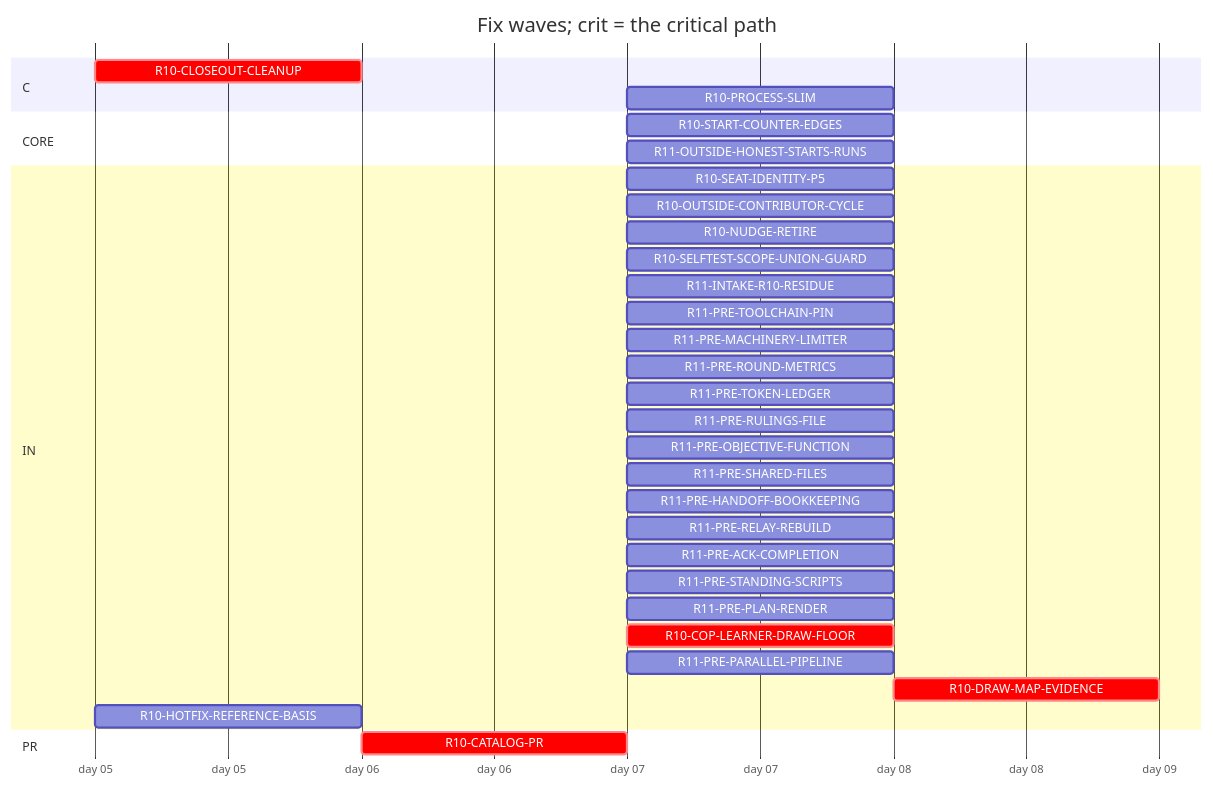
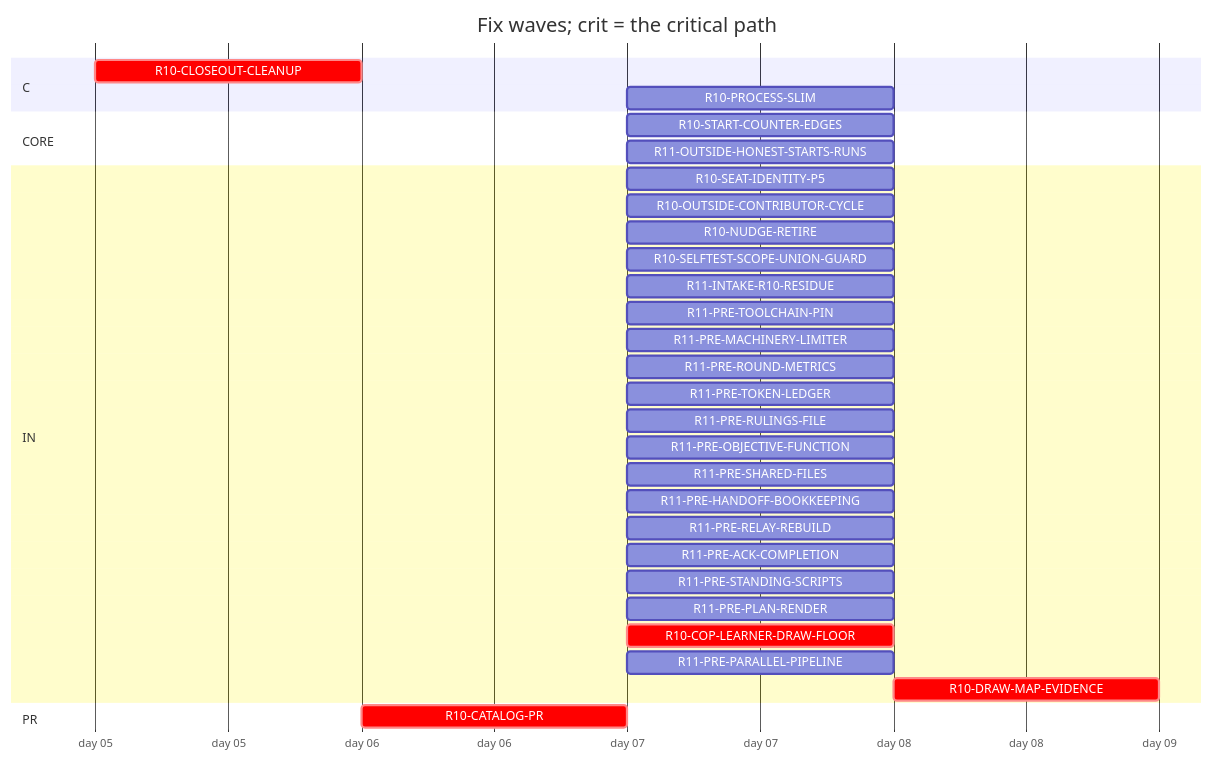
One commit to tvofi/heatpump_optimizer changed the diagram in handoff/round10/state/PLAN-TABLE.md. Above: the diagram before and after it, drawn with Mermaid. The commit also changed other lines of this file and 3 other files, not shown here.

Commit message:
state: FLOW-BOARD.md, NEXT-SESSION-PROMPT.md, PLAN-TABLE.md, RESUME-CURRENT.md regenerated (state_docs.py)

````diff
--- a/handoff/round10/state/PLAN-TABLE.md
+++ b/handoff/round10/state/PLAN-TABLE.md
@@ -17,36 +17,35 @@
 ```mermaid
 gantt
   title Fix waves; crit = the critical path
   dateFormat YYYY-MM-DD
   axisFormat day %d
   section C
     R10-CLOSEOUT-CLEANUP :crit, r10CLOSEOUTCLEANUP, 2026-01-05, 1d
     R10-PROCESS-SLIM :r10PROCESSSLIM, after r10CATALOGPR, 1d
   section CORE
     R10-START-COUNTER-EDGES :r10STARTCOUNTEREDGES, after r10CATALOGPR, 1d
     R11-OUTSIDE-HONEST-STARTS-RUNS :r11OUTSIDEHONESTSTARTSRUNS, after r10CATALOGPR, 1d
   section IN
     R10-SEAT-IDENTITY-P5 :r10SEATIDENTITYP5, after r10CATALOGPR, 1d
     R10-OUTSIDE-CONTRIBUTOR-CYCLE :r10OUTSIDECONTRIBUTORCYCLE, after r10CATALOGPR, 1d
     R10-NUDGE-RETIRE :r10NUDGERETIRE, after r10CATALOGPR, 1d
     R10-SELFTEST-SCOPE-UNION-GUARD :r10SELFTESTSCOPEUNIONGUARD, after r10CATALOGPR, 1d
     R11-INTAKE-R10-RESIDUE :r11INTAKER10RESIDUE, after r10CATALOGPR, 1d
     R11-PRE-TOOLCHAIN-PIN :r11PRETOOLCHAINPIN, after r10CATALOGPR, 1d
     R11-PRE-MACHINERY-LIMITER :r11PREMACHINERYLIMITER, after r10CATALOGPR, 1d
     R11-PRE-ROUND-METRICS :r11PREROUNDMETRICS, after r10CATALOGPR, 1d
     R11-PRE-TOKEN-LEDGER :r11PRETOKENLEDGER, after r10CATALOGPR, 1d
     R11-PRE-RULINGS-FILE :r11PRERULINGSFILE, after r10CATALOGPR, 1d
     R11-PRE-OBJECTIVE-FUNCTION :r11PREOBJECTIVEFUNCTION, after r10CATALOGPR, 1d
     R11-PRE-SHARED-FILES :r11PRESHAREDFILES, after r10CATALOGPR, 1d
     R11-PRE-HANDOFF-BOOKKEEPING :r11PREHANDOFFBOOKKEEPING, after r10CATALOGPR, 1d
     R11-PRE-RELAY-REBUILD :r11PRERELAYREBUILD, after r10CATALOGPR, 1d
     R11-PRE-ACK-COMPLETION :r11PREACKCOMPLETION, after r10CATALOGPR, 1d
     R11-PRE-STANDING-SCRIPTS :r11PRESTANDINGSCRIPTS, after r10CATALOGPR, 1d
     R11-PRE-PLAN-RENDER :r11PREPLANRENDER, after r10CATALOGPR, 1d
     R10-COP-LEARNER-DRAW-FLOOR :crit, r10COPLEARNERDRAWFLOOR, after r10CATALOGPR, 1d
     R11-PRE-PARALLEL-PIPELINE :r11PREPARALLELPIPELINE, after r10CATALOGPR, 1d
     R10-DRAW-MAP-EVIDENCE :crit, r10DRAWMAPEVIDENCE, after r10COPLEARNERDRAWFLOOR r10CATALOGPR, 1d
-    R10-HOTFIX-REFERENCE-BASIS :r10HOTFIXREFERENCEBASIS, 2026-01-05, 1d
   section PR
     R10-CATALOG-PR :crit, r10CATALOGPR, after r10CLOSEOUTCLEANUP, 1d
 ```
````
